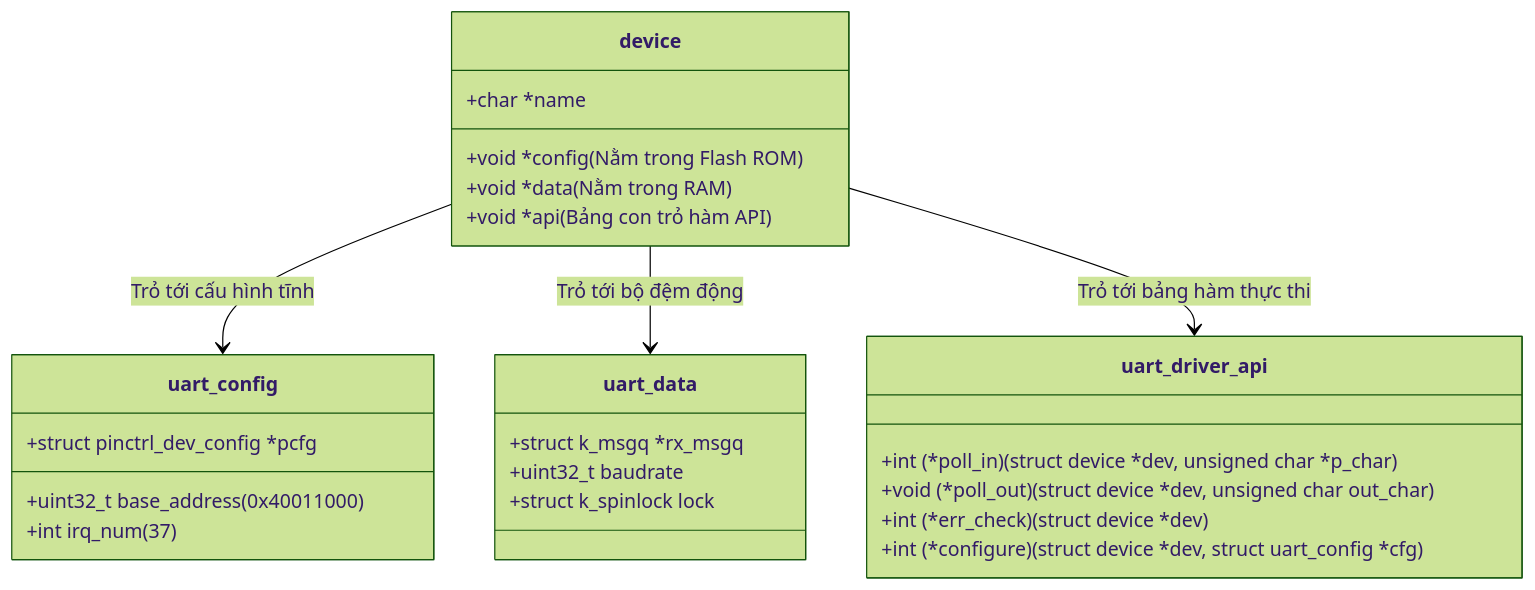
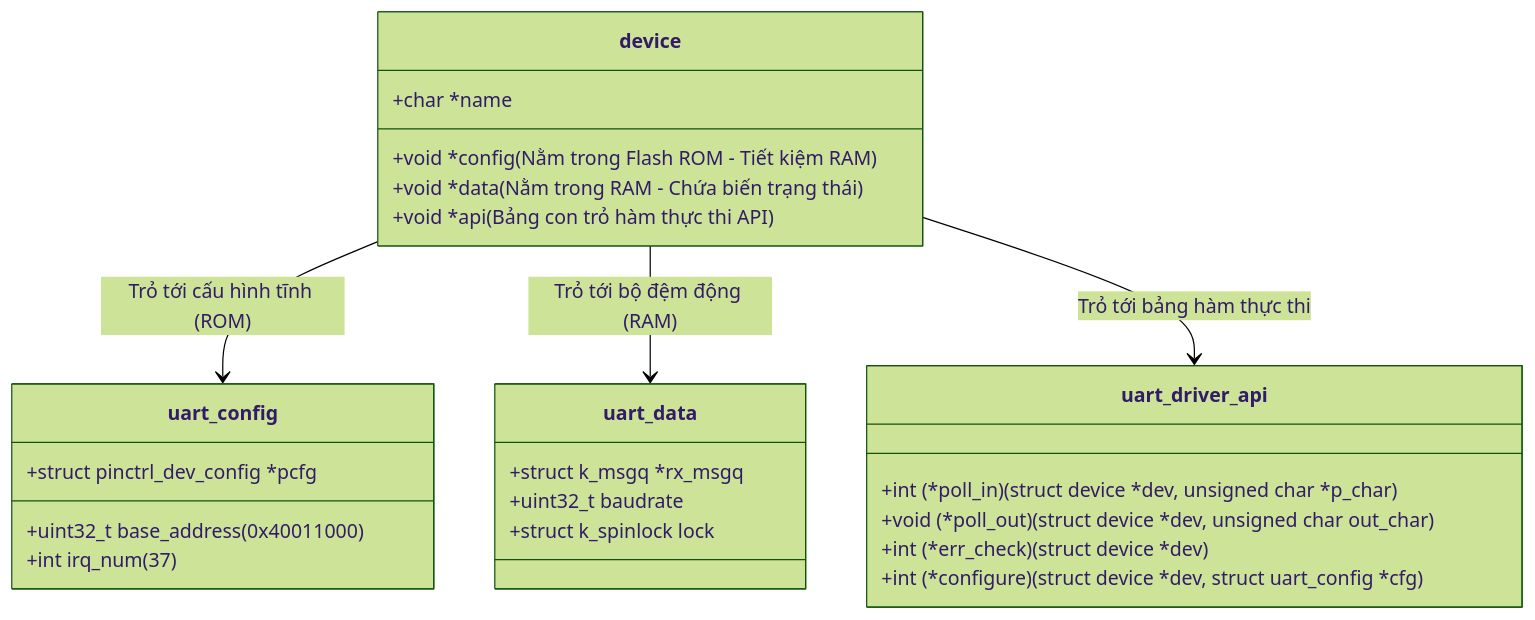
Before and after one commit to HuynhTran112/source: the second of 3 diagrams in day07_learning_guide.md, drawn with Mermaid (forest theme). The commit also changed other lines of this file and 5 other files, not shown here.

````diff
--- a/day07_learning_guide.md
+++ b/day07_learning_guide.md
@@ -113,29 +177,29 @@
 ```mermaid
 classDiagram
     class device {
         +char *name
-        +void *config (Nằm trong Flash ROM)
-        +void *data (Nằm trong RAM)
-        +void *api (Bảng con trỏ hàm API)
+        +void *config (Nằm trong Flash ROM - Tiết kiệm RAM)
+        +void *data (Nằm trong RAM - Chứa biến trạng thái)
+        +void *api (Bảng con trỏ hàm thực thi API)
     }
     class uart_config {
         +uint32_t base_address (0x40011000)
         +int irq_num (37)
         +struct pinctrl_dev_config *pcfg
     }
     class uart_data {
         +struct k_msgq *rx_msgq
         +uint32_t baudrate
         +struct k_spinlock lock
     }
     class uart_driver_api {
         +int (*poll_in)(struct device *dev, unsigned char *p_char)
         +void (*poll_out)(struct device *dev, unsigned char out_char)
         +int (*err_check)(struct device *dev)
         +int (*configure)(struct device *dev, struct uart_config *cfg)
     }
 
-    device --> uart_config : Trỏ tới cấu hình tĩnh
-    device --> uart_data : Trỏ tới bộ đệm động
+    device --> uart_config : Trỏ tới cấu hình tĩnh (ROM)
+    device --> uart_data : Trỏ tới bộ đệm động (RAM)
     device --> uart_driver_api : Trỏ tới bảng hàm thực thi
 ```
````
